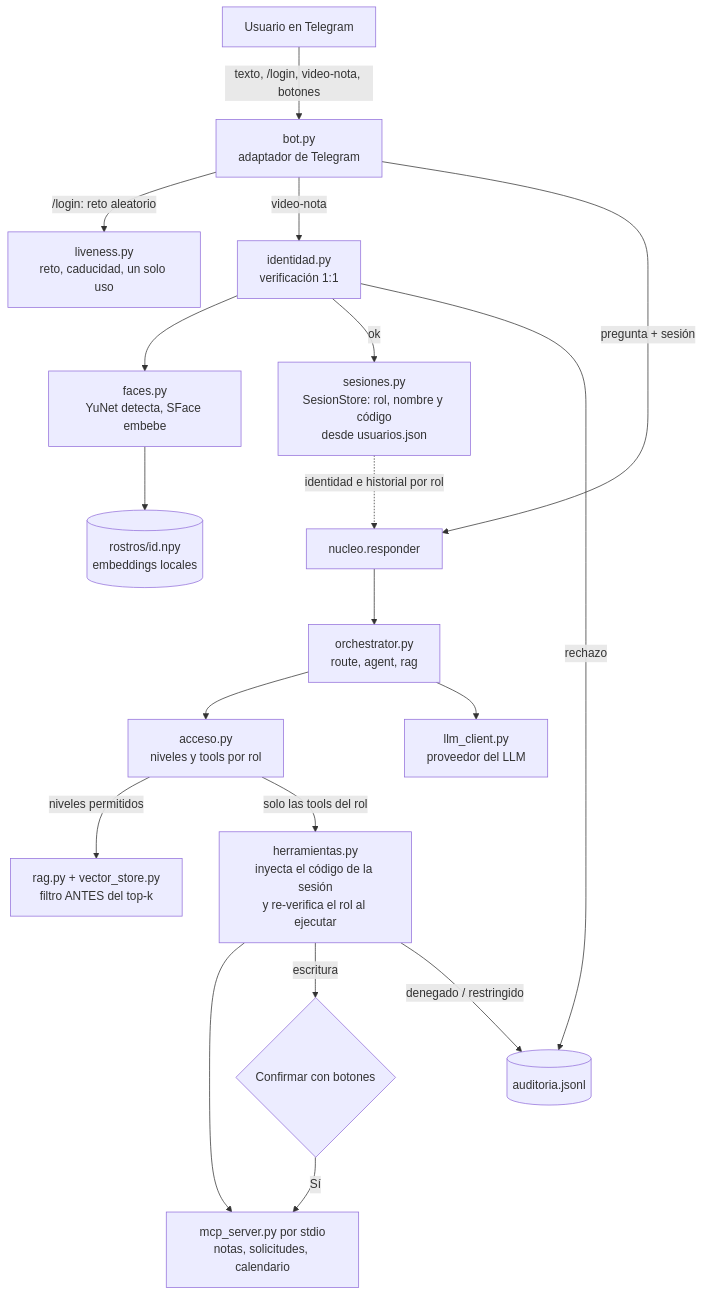
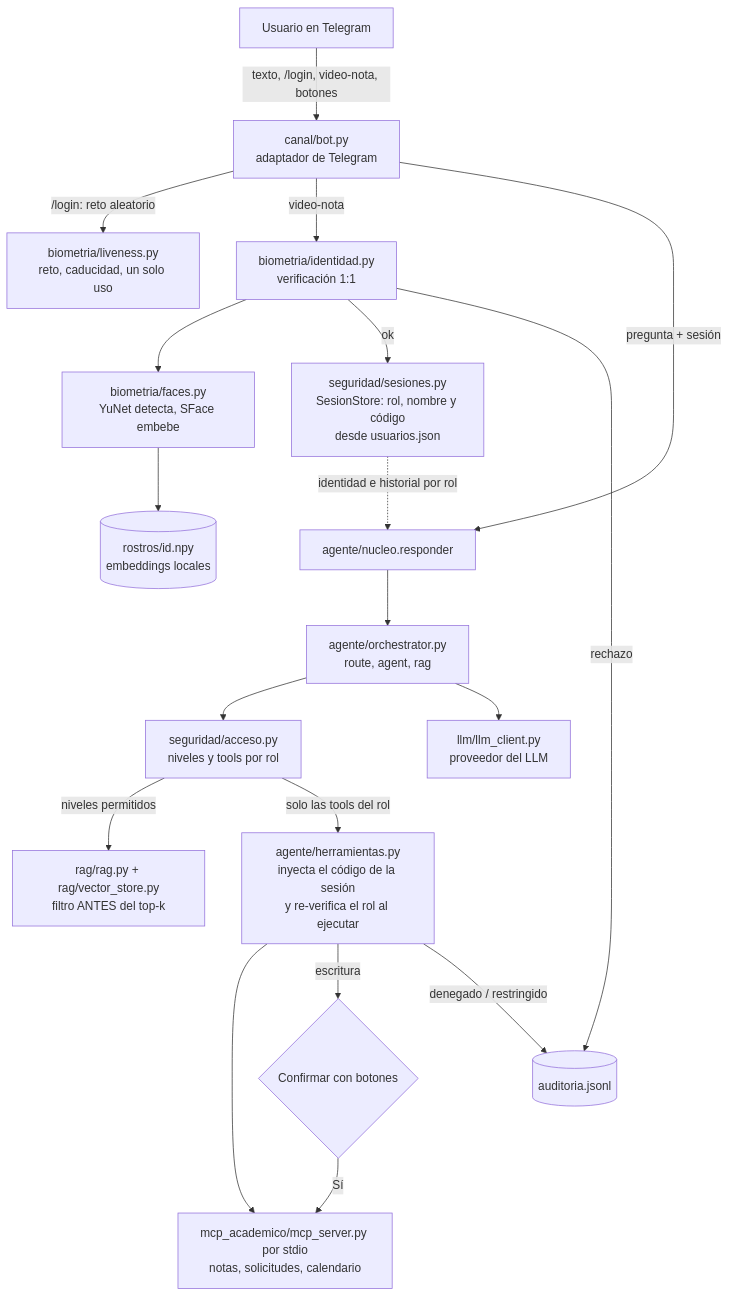
The diagram in ENTREGA.md (Lu2ky/05-examen-final), drawn with Mermaid before and after one commit. The commit also changed other lines of this file and 39 other files, not shown here.

````diff
--- a/ENTREGA.md
+++ b/ENTREGA.md
@@ -27,21 +43,21 @@
 ```mermaid
 flowchart TD
-    U[Usuario en Telegram] -->|texto, /login, video-nota, botones| B[bot.py<br/>adaptador de Telegram]
-    B -->|/login: reto aleatorio| L[liveness.py<br/>reto, caducidad, un solo uso]
-    B -->|video-nota| I[identidad.py<br/>verificación 1:1]
-    I --> F[faces.py<br/>YuNet detecta, SFace embebe]
+    U[Usuario en Telegram] -->|texto, /login, video-nota, botones| B[canal/bot.py<br/>adaptador de Telegram]
+    B -->|/login: reto aleatorio| L[biometria/liveness.py<br/>reto, caducidad, un solo uso]
+    B -->|video-nota| I[biometria/identidad.py<br/>verificación 1:1]
+    I --> F[biometria/faces.py<br/>YuNet detecta, SFace embebe]
     F --> E[(rostros/id.npy<br/>embeddings locales)]
-    I -->|ok| S[sesiones.py<br/>SesionStore: rol, nombre y código<br/>desde usuarios.json]
+    I -->|ok| S[seguridad/sesiones.py<br/>SesionStore: rol, nombre y código<br/>desde usuarios.json]
     I -->|rechazo| A[(auditoria.jsonl)]
-    B -->|pregunta + sesión| N[nucleo.responder]
-    N --> O[orchestrator.py<br/>route, agent, rag]
-    O --> AC[acceso.py<br/>niveles y tools por rol]
-    AC -->|niveles permitidos| R[rag.py + vector_store.py<br/>filtro ANTES del top-k]
-    AC -->|solo las tools del rol| H[herramientas.py<br/>inyecta el código de la sesión<br/>y re-verifica el rol al ejecutar]
-    H --> M[mcp_server.py por stdio<br/>notas, solicitudes, calendario]
-    O --> LLM[llm_client.py<br/>proveedor del LLM]
+    B -->|pregunta + sesión| N[agente/nucleo.responder]
+    N --> O[agente/orchestrator.py<br/>route, agent, rag]
+    O --> AC[seguridad/acceso.py<br/>niveles y tools por rol]
+    AC -->|niveles permitidos| R[rag/rag.py + rag/vector_store.py<br/>filtro ANTES del top-k]
+    AC -->|solo las tools del rol| H[agente/herramientas.py<br/>inyecta el código de la sesión<br/>y re-verifica el rol al ejecutar]
+    H --> M[mcp_academico/mcp_server.py por stdio<br/>notas, solicitudes, calendario]
+    O --> LLM[llm/llm_client.py<br/>proveedor del LLM]
     H -->|escritura| C{Confirmar con botones}
     C -->|Sí| M
     H -->|denegado / restringido| A
     S -.->|identidad e historial por rol| N
 ```
````
